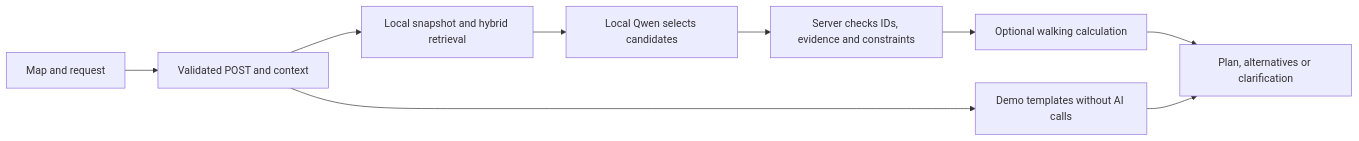
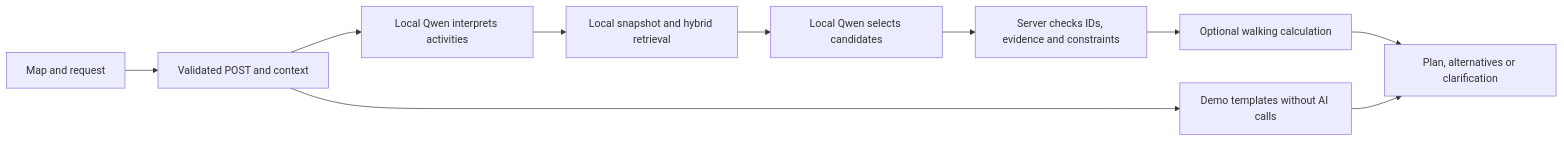
One commit to karimbeksultan/Spot changed the diagram in README.md. Above: the diagram before and after it, drawn with Mermaid. The commit also changed other lines of this file and 22 other files, not shown here.

Commit message:
Understand tourist goals with local Qwen before retrieval

````diff
--- a/README.md
+++ b/README.md
@@ -51,11 +52,12 @@
 ```mermaid
 flowchart LR
   UI[Map and request] --> API[Validated POST and context]
-  API --> R[Local snapshot and hybrid retrieval]
+  API --> I[Local Qwen interprets activities]
+  I --> R[Local snapshot and hybrid retrieval]
   R --> Q[Local Qwen selects candidates]
   Q --> V[Server checks IDs, evidence and constraints]
   V --> W[Optional walking calculation]
   W --> O[Plan, alternatives or clarification]
   API --> D[Demo templates without AI calls]
   D --> O
 ```
````
